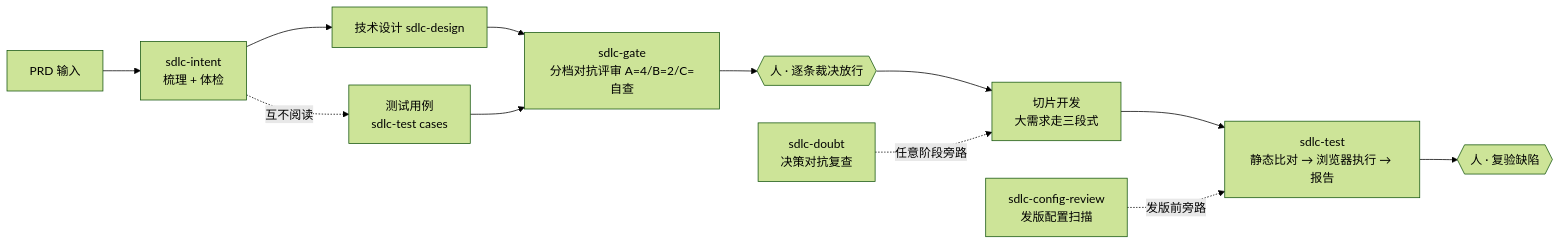
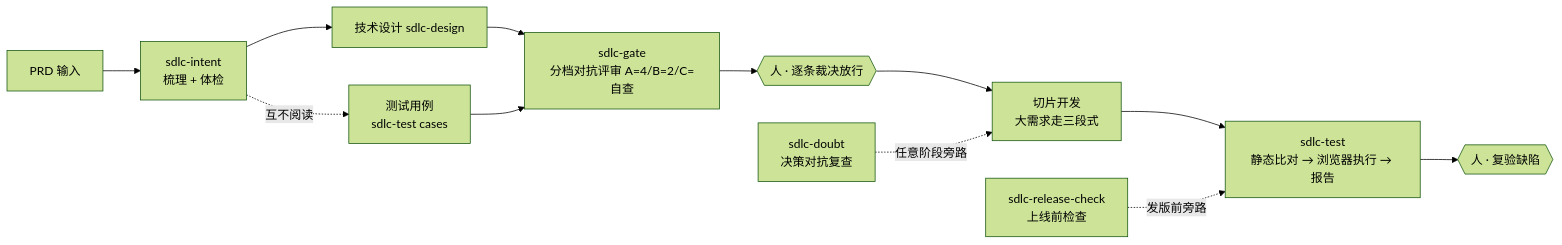
One commit to TsCarpe/claude-sdlc-skills changed the diagram in README.md. Above: the diagram before and after it, drawn with Mermaid (forest theme). The commit also changed other lines of this file and 20 other files, not shown here.

First line of the commit message:
feat：sdlc-config-review → sdlc-release-check——DDL/DML 变更分级 + 发布时刻表

````diff
--- a/README.md
+++ b/README.md
@@ -27,14 +27,14 @@
 ```mermaid
 flowchart LR
     A[PRD 输入] --> B[sdlc-intent<br/>梳理 + 体检]
     B --> C1[技术设计 sdlc-design]
     B -.互不阅读.-> C2[测试用例<br/>sdlc-test cases]
     C1 --> D[sdlc-gate<br/>分档对抗评审 A=4/B=2/C=自查]
     C2 --> D
     D --> E{{人 · 逐条裁决放行}}
     E --> F[切片开发<br/>大需求走三段式]
     F --> G[sdlc-test<br/>静态比对 → 浏览器执行 → 报告]
     G --> H{{人 · 复验缺陷}}
     DB[sdlc-doubt<br/>决策对抗复查] -. 任意阶段旁路 .-> F
-    CR[sdlc-config-review<br/>发版配置扫描] -. 发版前旁路 .-> G
+    CR[sdlc-release-check<br/>上线前检查] -. 发版前旁路 .-> G
 ```
````
